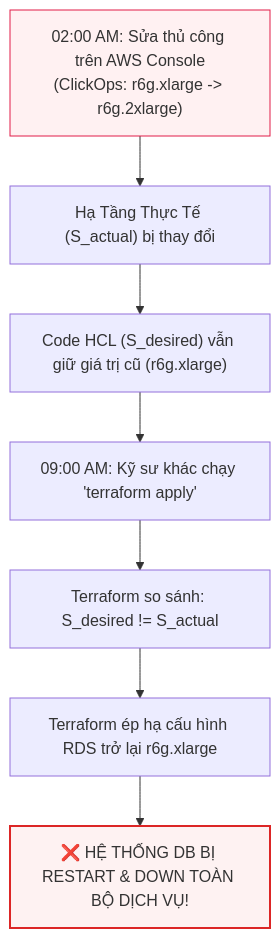
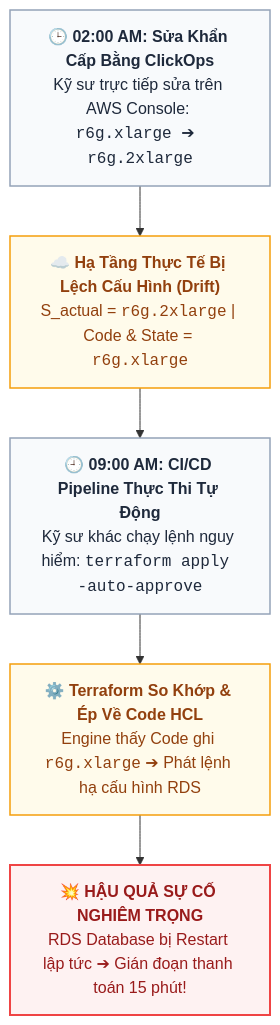
Before and after one commit to kiennt308/ntk: the third of 3 diagrams in _posts/2026-09-13-terraform-01-01-tu-duy-declarative-iac-so-sanh-thuc-chien-terraform-ansible-pulumi.md, drawn with Mermaid. The commit also changed other lines of this file and 2 other files, not shown here.

Commit message:
fix(post-01): enhance mermaid diagrams, fix alert boxes, responsive matrix table, and terminal log formatting

````diff
--- a/_posts/2026-09-13-terraform-01-01-tu-duy-declarative-iac-so-sanh-thuc-chien-terraform-ansible-pulumi.md
+++ b/_posts/2026-09-13-terraform-01-01-tu-duy-declarative-iac-so-sanh-thuc-chien-terraform-ansible-pulumi.md
@@ -331,12 +356,21 @@
 ```mermaid
 flowchart TD
-    A["02:00 AM: Sửa thủ công trên AWS Console<br/>(ClickOps: r6g.xlarge -> r6g.2xlarge)"] --> B["Hạ Tầng Thực Tế (S_actual) bị thay đổi"]
-    B --> C["Code HCL (S_desired) vẫn giữ giá trị cũ (r6g.xlarge)"]
-    C --> D["09:00 AM: Kỹ sư khác chạy 'terraform apply'"]
-    D --> E["Terraform so sánh: S_desired != S_actual"]
-    E --> F["Terraform ép hạ cấu hình RDS trở lại r6g.xlarge"]
-    F --> G["❌ HỆ THỐNG DB BỊ RESTART & DOWN TOÀN BỘ DỊCH VỤ!"]
+    A["🕒 <b>02:00 AM: Sửa Khẩn Cấp Bằng ClickOps</b><br/>Kỹ sư trực tiếp sửa trên AWS Console: <code>r6g.xlarge ➔ r6g.2xlarge</code>"]
+    B["☁️ <b>Hạ Tầng Thực Tế Bị Lệch Cấu Hình (Drift)</b><br/>S_actual = <code>r6g.2xlarge</code> | Code & State = <code>r6g.xlarge</code>"]
+    C["🕘 <b>09:00 AM: CI/CD Pipeline Thực Thi Tự Động</b><br/>Kỹ sư khác chạy lệnh nguy hiểm: <code>terraform apply -auto-approve</code>"]
+    D["⚙️ <b>Terraform So Khớp & Ép Về Code HCL</b><br/>Engine thấy Code ghi <code>r6g.xlarge</code> ➔ Phát lệnh hạ cấu hình RDS"]
+    E["💥 <b>HẬU QUẢ SỰ CỐ NGHIÊM TRỌNG</b><br/>RDS Database bị Restart lập tức ➔ Gián đoạn thanh toán 15 phút!"]
 
-    style A fill:#fff1f2,stroke:#e11d48,stroke-width:1px
-    style G fill:#fef2f2,stroke:#dc2626,stroke-width:2px
+    A --> B
+    B --> C
+    C --> D
+    D --> E
+
+    classDef stepNode fill:#f8fafc,stroke:#94a3b8,stroke-width:1.5px,color:#1e293b
+    classDef driftNode fill:#fffbeb,stroke:#f59e0b,stroke-width:1.5px,color:#92400e
+    classDef disasterNode fill:#fef2f2,stroke:#ef4444,stroke-width:2px,color:#991b1b
+
+    class A,C stepNode
+    class B,D driftNode
+    class E disasterNode
 ```
````
